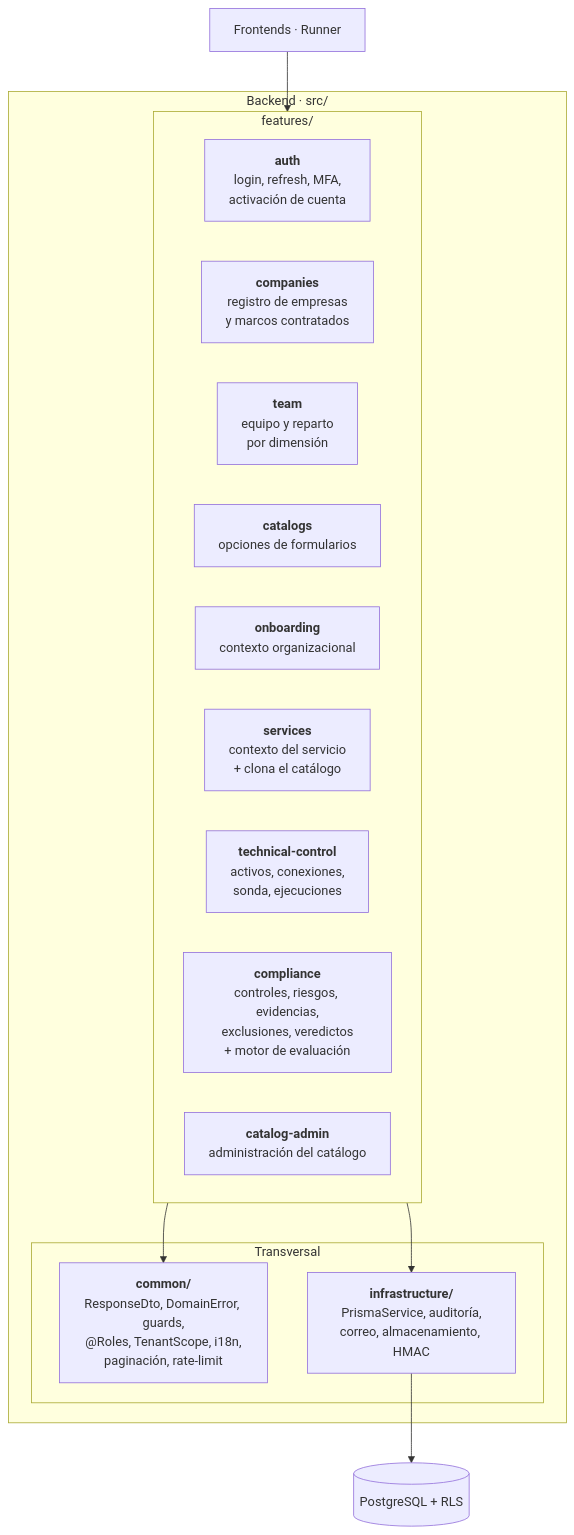
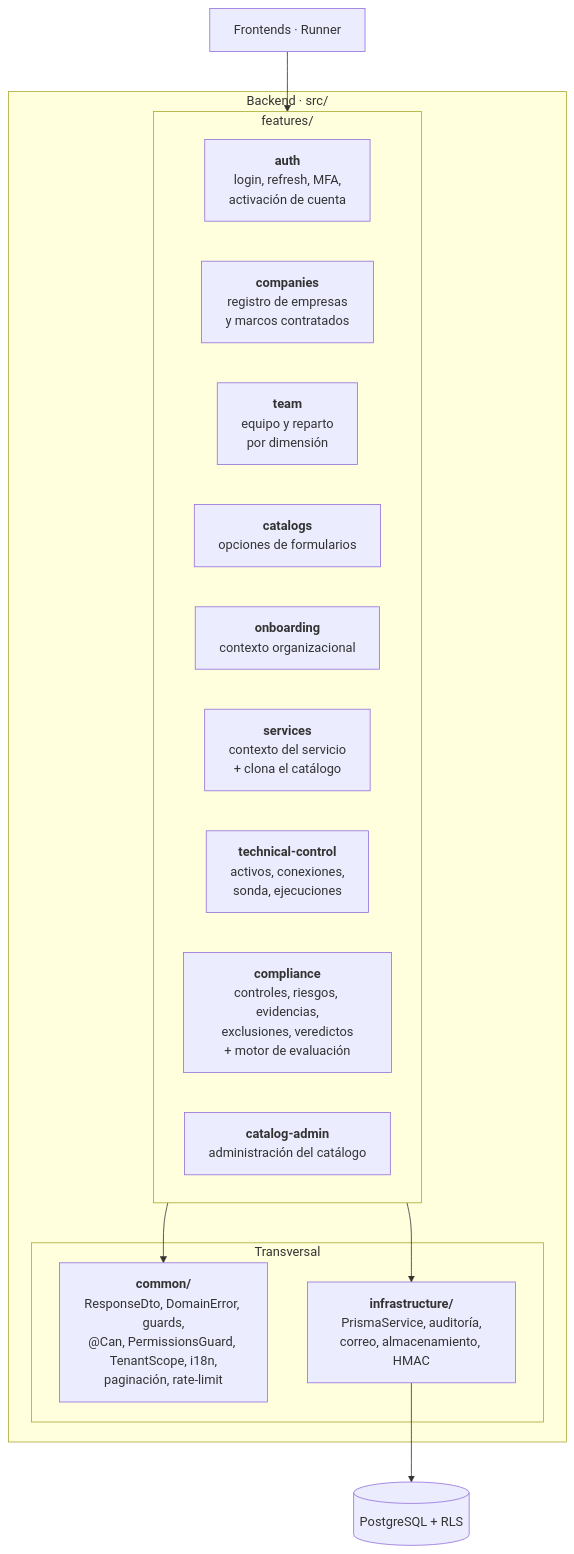
The first of 2 diagrams in skills/product/monkey-compliance-council/references/arquitectura/c4-componentes.md (Monkey-GRC/Monkey-Brain-IA), drawn with Mermaid before and after one commit. The commit also changed 82 other files, not shown here.

````diff
--- a/skills/product/monkey-compliance-council/references/arquitectura/c4-componentes.md
+++ b/skills/product/monkey-compliance-council/references/arquitectura/c4-componentes.md
@@ -8,30 +8,30 @@
 ```mermaid
 flowchart TB
     cliente["Frontends · Runner"]
 
     subgraph be["Backend · src/"]
         subgraph feats["features/"]
             auth["<b>auth</b><br/>login, refresh, MFA,<br/>activación de cuenta"]
             companies["<b>companies</b><br/>registro de empresas<br/>y marcos contratados"]
             team["<b>team</b><br/>equipo y reparto<br/>por dimensión"]
             catalogs["<b>catalogs</b><br/>opciones de formularios"]
             onboarding["<b>onboarding</b><br/>contexto organizacional"]
             services["<b>services</b><br/>contexto del servicio<br/>+ clona el catálogo"]
             tc["<b>technical-control</b><br/>activos, conexiones,<br/>sonda, ejecuciones"]
             comp["<b>compliance</b><br/>controles, riesgos, evidencias,<br/>exclusiones, veredictos<br/>+ motor de evaluación"]
             cadmin["<b>catalog-admin</b><br/>administración del catálogo"]
         end
 
         subgraph transv["Transversal"]
-            common["<b>common/</b><br/>ResponseDto, DomainError, guards,<br/>@Roles, TenantScope, i18n,<br/>paginación, rate-limit"]
+            common["<b>common/</b><br/>ResponseDto, DomainError, guards,<br/>@Can, PermissionsGuard, TenantScope, i18n,<br/>paginación, rate-limit"]
             infra["<b>infrastructure/</b><br/>PrismaService, auditoría,<br/>correo, almacenamiento, HMAC"]
         end
     end
 
     db[("PostgreSQL + RLS")]
 
     cliente --> feats
     feats --> common
     feats --> infra
     infra --> db
 ```
````
